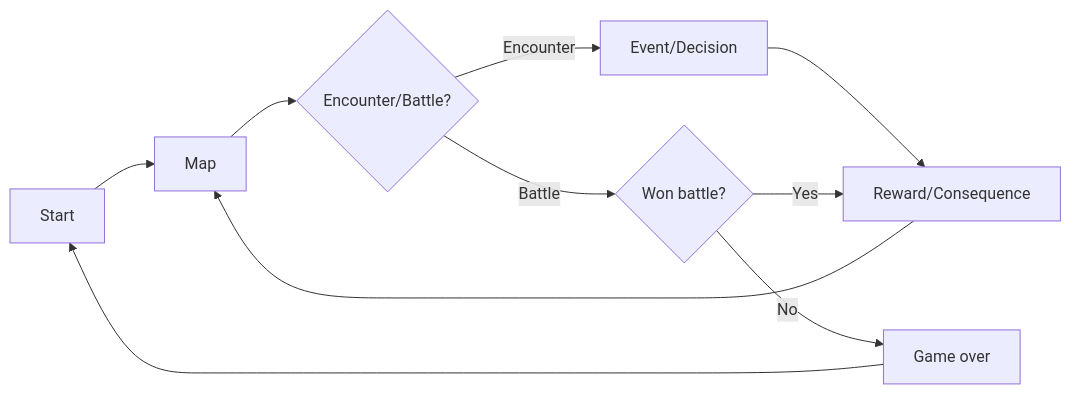
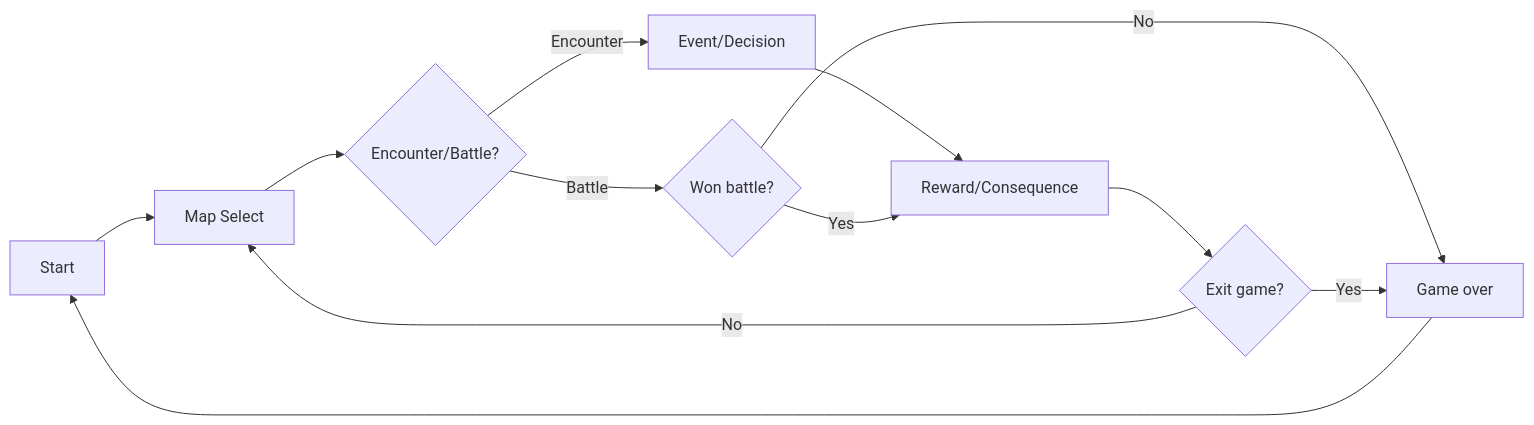
One commit to ArissamanSLM/Dg225-Team10_Project_Lobotomy changed the diagram in docs/01_GDD/01-core-loop.md. Above: the diagram before and after it, drawn with Mermaid. The commit also changed other lines of this file and 1 other file, not shown here.

Commit message:
Refactor game concept and core loop documentation for clarity and consistency

````diff
--- a/docs/01_GDD/01-core-loop.md
+++ b/docs/01_GDD/01-core-loop.md
@@ -10,20 +10,23 @@
 ```mermaid
 flowchart LR
 	A[Start]
-	B[Map]
+	B[Map Select]
 	C{Encounter/Battle?}
 	D[Event/Decision]
 	E{Won battle?}
 	F[Reward/Consequence]
 	G[Game over]
+	H{Exit game?}
 
 	A --> B
 	B --> C
 	C -- Encounter --> D
 	C -- Battle --> E
 	D --> F
 	E -- Yes --> F
 	E -- No --> G
 	G --> A
-	F --> B
+	F --> H
+	H --Yes-->G
+	H --No -->B
 ```
````
